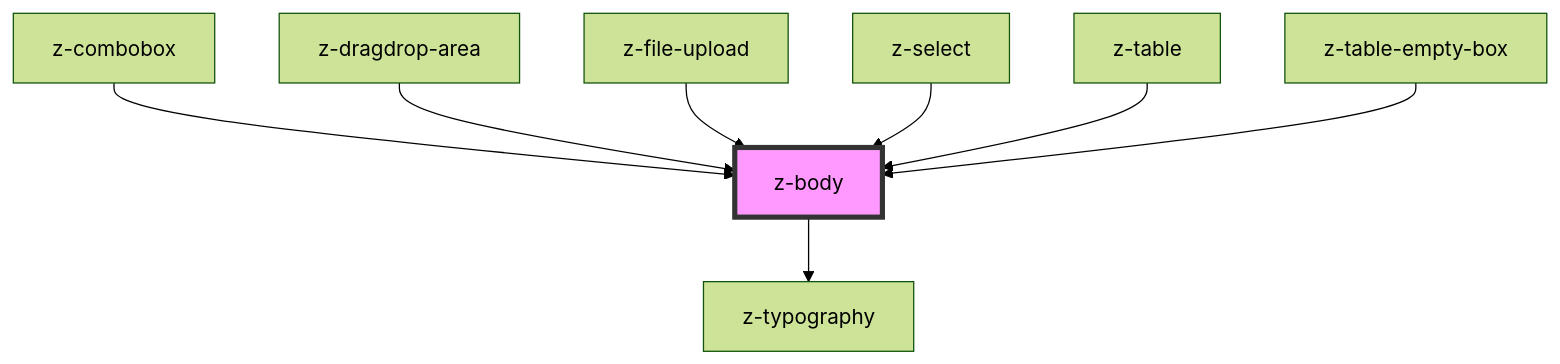
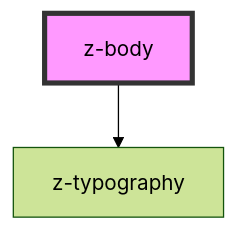
One commit to ZanichelliEditore/design-system changed the diagram in src/components/typography/z-body/readme.md. Above: the diagram before and after it, drawn with Mermaid (forest theme). The commit also changed other lines of this file and 7 other files, not shown here.

````diff
--- a/src/components/typography/z-body/readme.md
+++ b/src/components/typography/z-body/readme.md
@@ -31,11 +22,5 @@
 ```mermaid
 graph TD;
   z-body --> z-typography
-  z-combobox --> z-body
-  z-dragdrop-area --> z-body
-  z-file-upload --> z-body
-  z-select --> z-body
-  z-table --> z-body
-  z-table-empty-box --> z-body
   style z-body fill:#f9f,stroke:#333,stroke-width:4px
 ```
````
